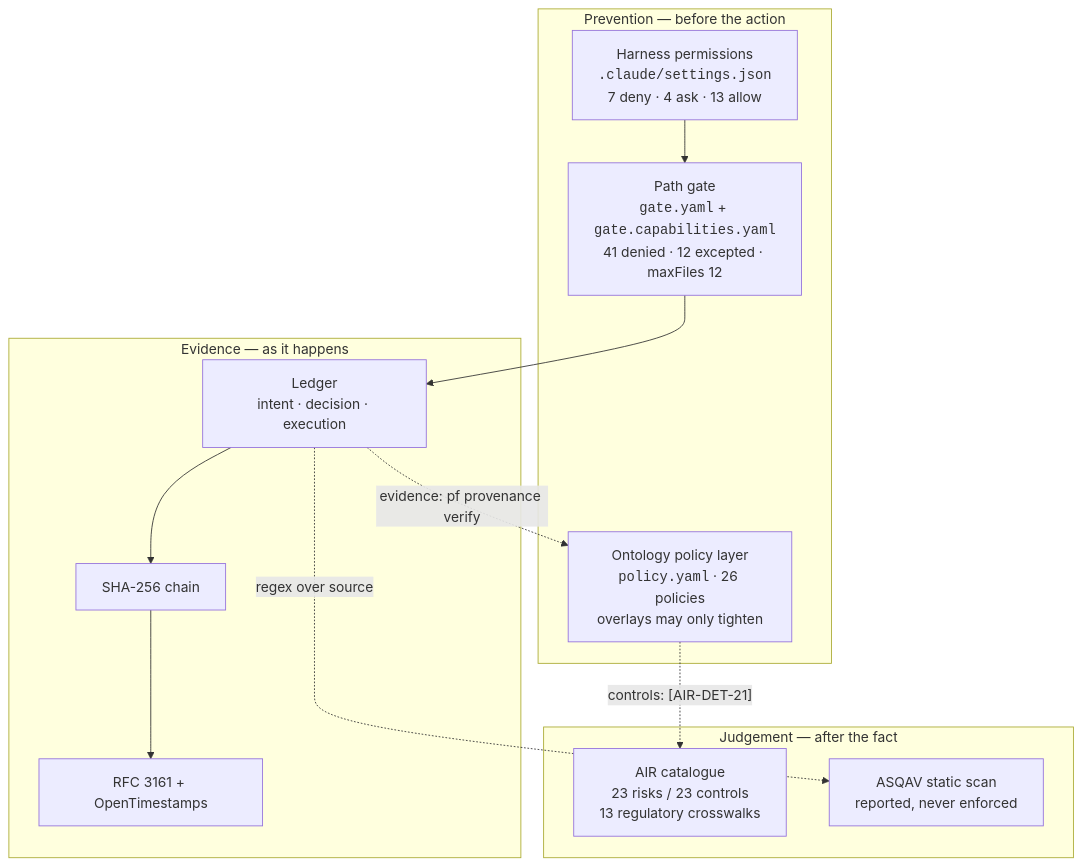
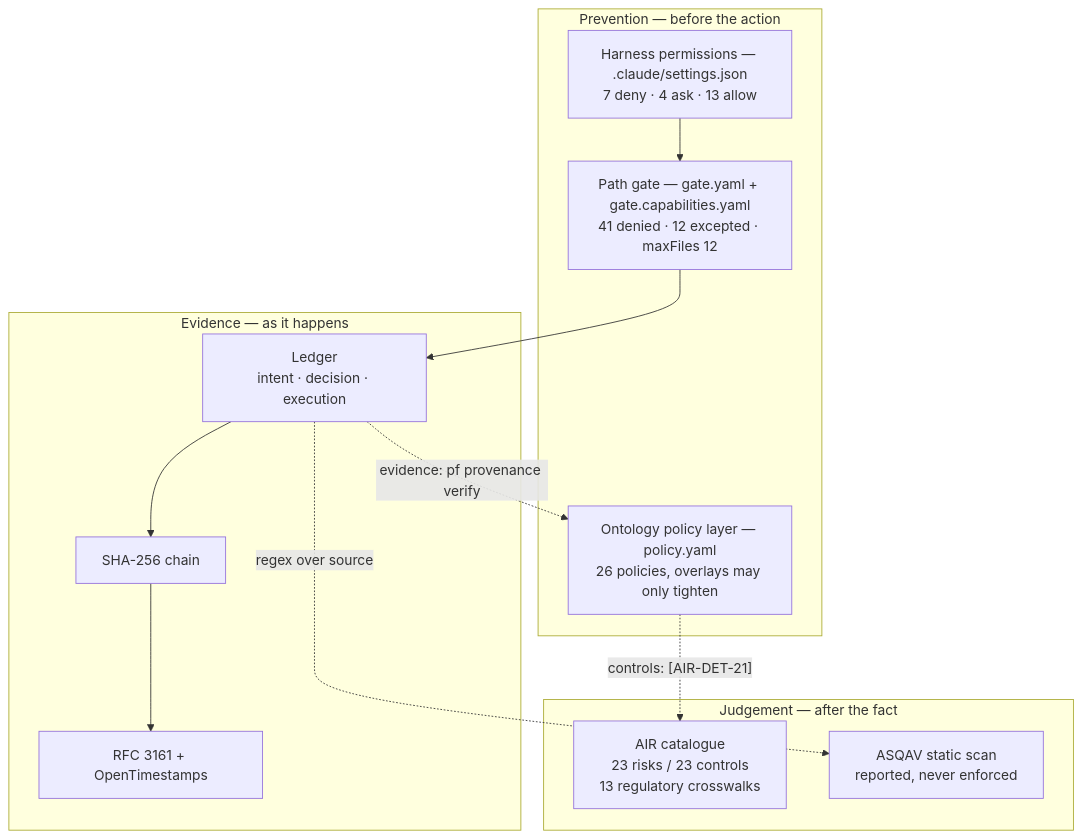
The diagram in docs/AI-GOVERNANCE-ARCHITECTURE.md (Atomz-org/data-platform), drawn with Mermaid before and after one commit.

Commit message:
Drop the tags mermaid would have thrown away
`test_diagrams.py` refuses a raw `<` in a node label, and it is right to: the
diagrams render with htmlLabels off, so `<code>` is dropped and the label reads
as if the words were never there. `<br/>` survives, which is why the rest of
docs/ uses it freely.

Caught by the repo's own gate on the first run of the suite against this branch.

````diff
--- a/docs/AI-GOVERNANCE-ARCHITECTURE.md
+++ b/docs/AI-GOVERNANCE-ARCHITECTURE.md
@@ -48,22 +48,22 @@
 ```mermaid
 flowchart TB
     subgraph P["Prevention — before the action"]
-        H["Harness permissions<br/><code>.claude/settings.json</code><br/>7 deny · 4 ask · 13 allow"]
-        G["Path gate<br/><code>gate.yaml</code> + <code>gate.capabilities.yaml</code><br/>41 denied · 12 excepted · maxFiles 12"]
-        O["Ontology policy layer<br/><code>policy.yaml</code> · 26 policies<br/>overlays may only tighten"]
+        H["Harness permissions — .claude/settings.json<br/>7 deny · 4 ask · 13 allow"]
+        G["Path gate — gate.yaml + gate.capabilities.yaml<br/>41 denied · 12 excepted · maxFiles 12"]
+        O["Ontology policy layer — policy.yaml<br/>26 policies, overlays may only tighten"]
     end
     subgraph E["Evidence — as it happens"]
         L["Ledger<br/>intent · decision · execution"]
         C["SHA-256 chain"]
         A["RFC 3161 + OpenTimestamps"]
     end
     subgraph J["Judgement — after the fact"]
         AIR["AIR catalogue<br/>23 risks / 23 controls<br/>13 regulatory crosswalks"]
         SCAN["ASQAV static scan<br/>reported, never enforced"]
     end
     H --> G --> L
     O -. "controls: [AIR-DET-21]" .-> AIR
     L --> C --> A
     L -. "evidence: pf provenance verify" .-> O
     L -. regex over source .-> SCAN
 ```
````
